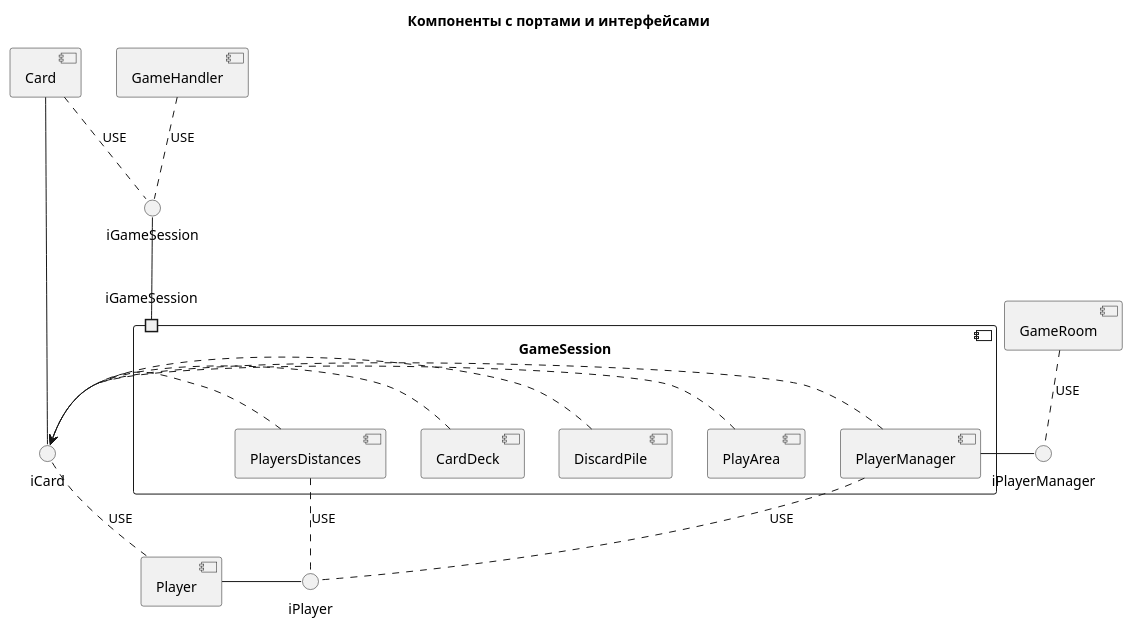
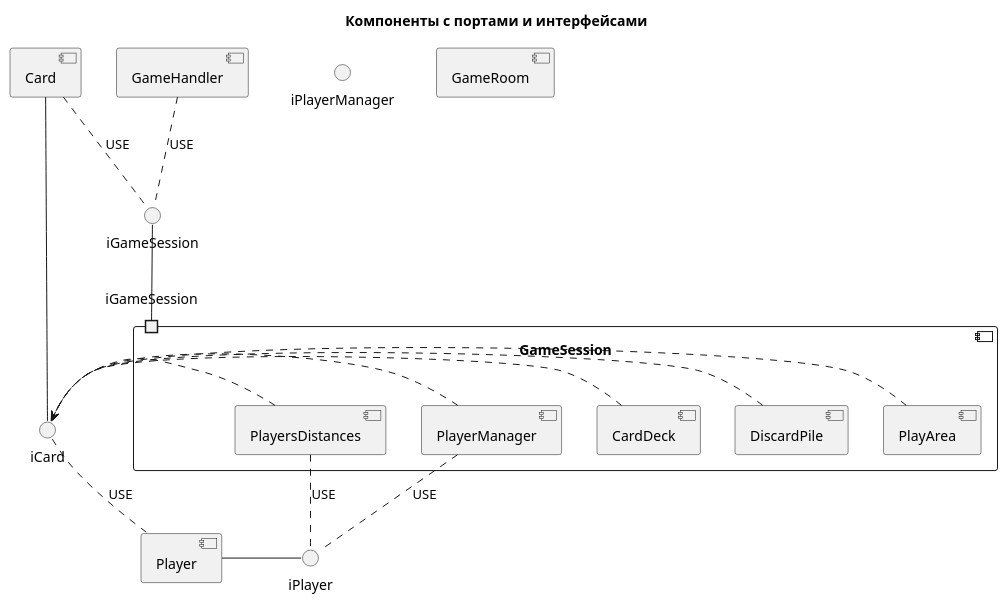
The diagram in public/docs/diagrams/src/components.wsd (VadimContentHunter/browser-game-bang), drawn with PlantUML before and after one commit. The commit also changed 2 other files, not shown here.

Commit message:
docs(architecture): Update component diagram with fixes

```diff
--- a/public/docs/diagrams/src/components.wsd
+++ b/public/docs/diagrams/src/components.wsd
@@ -1,42 +1,41 @@
 @startuml components
 title Компоненты с портами и интерфейсами
 
 ' Интерфейсы
 interface iGameSession as iGS
 interface iCard as iC
 interface iPlayer as iP
 interface iPlayerManager as iPM
 
 ' Компоненты
 component GameHandler
 component GameRoom
 component Card
 component Player
 component GameSession {
   port iGameSession as GSP1
 
   component PlayArea
   component DiscardPile
   component CardDeck
   component PlayerManager
   component PlayersDistances
 }
 
 ' Связи
 Card - iC
 Player - iP
-PlayerManager - iPM
 GSP1 -up- iGS
 
 GameHandler .. iGS : USE
 Card .. iGS : USE
 PlayArea          .> iC
 DiscardPile       .> iC
 CardDeck          .> iC
 PlayerManager     .> iC
 PlayersDistances  .> iC
-GameRoom .. iPM : USE
+
 PlayerManager     .. iP : USE
 PlayersDistances  .. iP : USE
 Player .up. iC : USE
 @enduml
```
